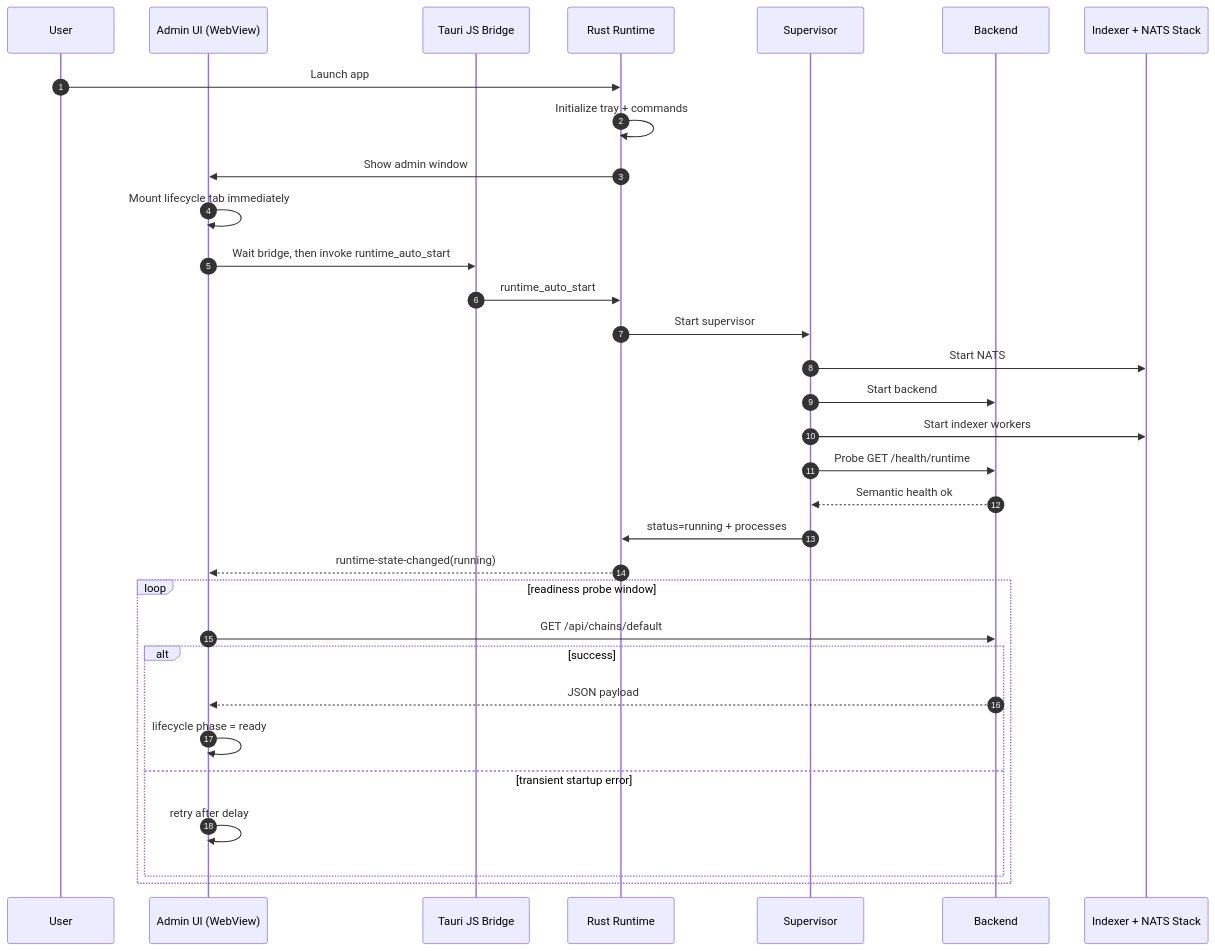
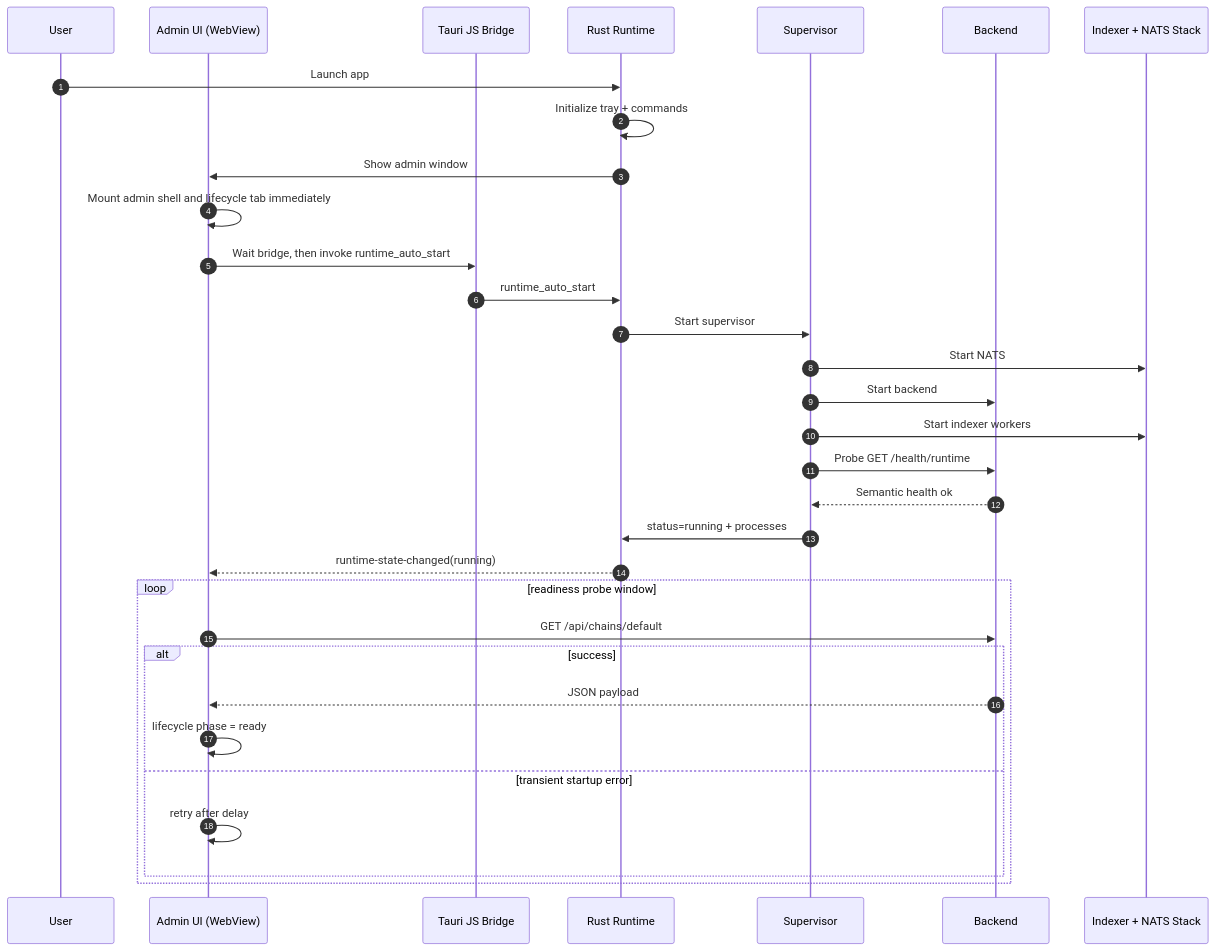
One commit to d347h-eth/artgod changed the diagram in docs/diagrams/01-desktop-startup-happy-path.md. Above: the diagram before and after it, drawn with Mermaid. The commit also changed other lines of this file and 9 other files, not shown here.

````diff
--- a/docs/diagrams/01-desktop-startup-happy-path.md
+++ b/docs/diagrams/01-desktop-startup-happy-path.md
@@ -5,38 +5,38 @@
 ```mermaid
 sequenceDiagram
     autonumber
     participant U as User
     participant A as Admin UI (WebView)
     participant T as Tauri JS Bridge
     participant R as Rust Runtime
     participant S as Supervisor
     participant B as Backend
     participant W as Indexer + NATS Stack
 
     U->>R: Launch app
     R->>R: Initialize tray + commands
     R->>A: Show admin window
-    A->>A: Mount lifecycle tab immediately
+    A->>A: Mount admin shell and lifecycle tab immediately
 
     A->>T: Wait bridge, then invoke runtime_auto_start
     T->>R: runtime_auto_start
     R->>S: Start supervisor
 
     S->>W: Start NATS
     S->>B: Start backend
     S->>W: Start indexer workers
     S->>B: Probe GET /health/runtime
     B-->>S: Semantic health ok
     S->>R: status=running + processes
     R-->>A: runtime-state-changed(running)
 
     loop readiness probe window
         A->>B: GET /api/chains/default
         alt success
             B-->>A: JSON payload
             A->>A: lifecycle phase = ready
         else transient startup error
             A->>A: retry after delay
         end
     end
 ```
````
